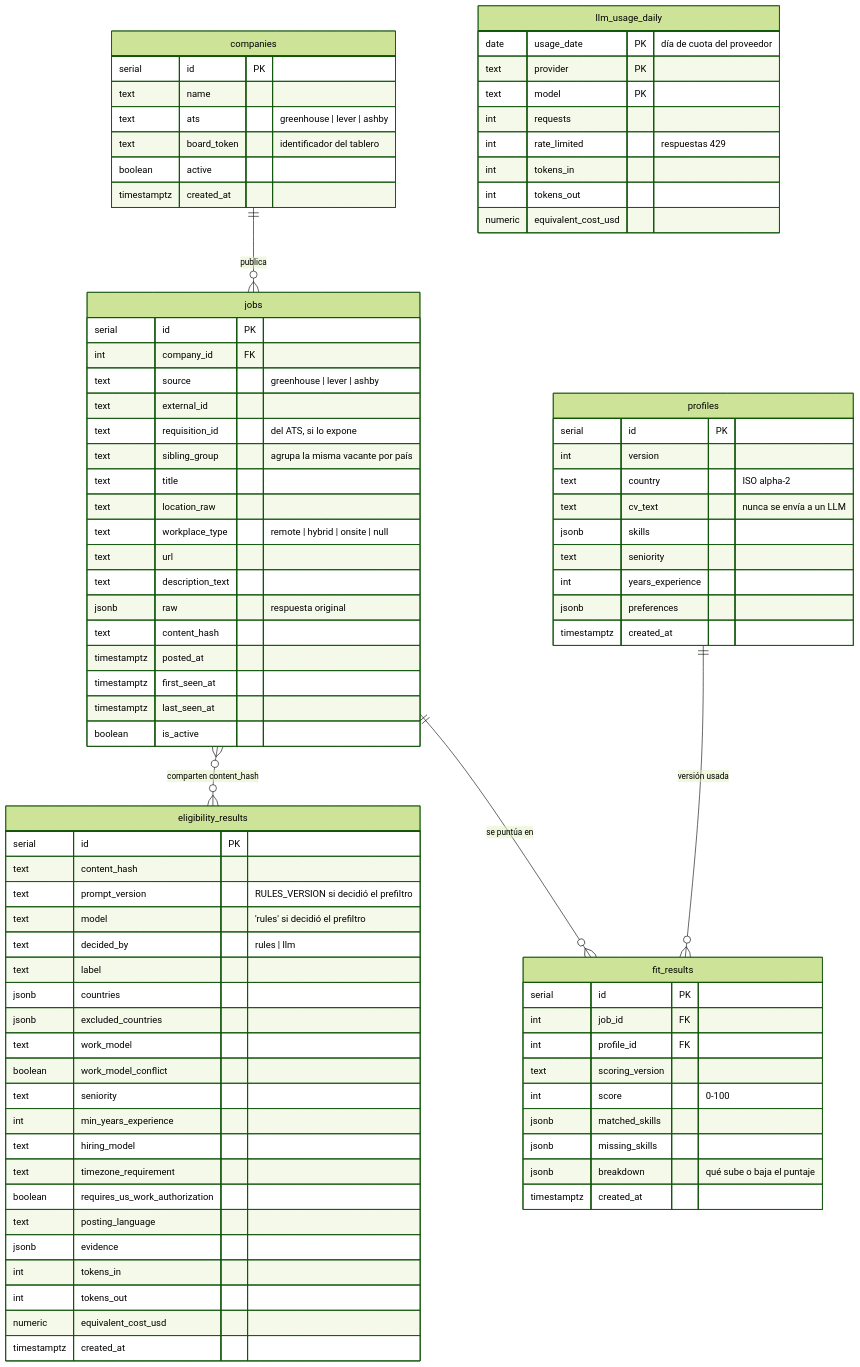
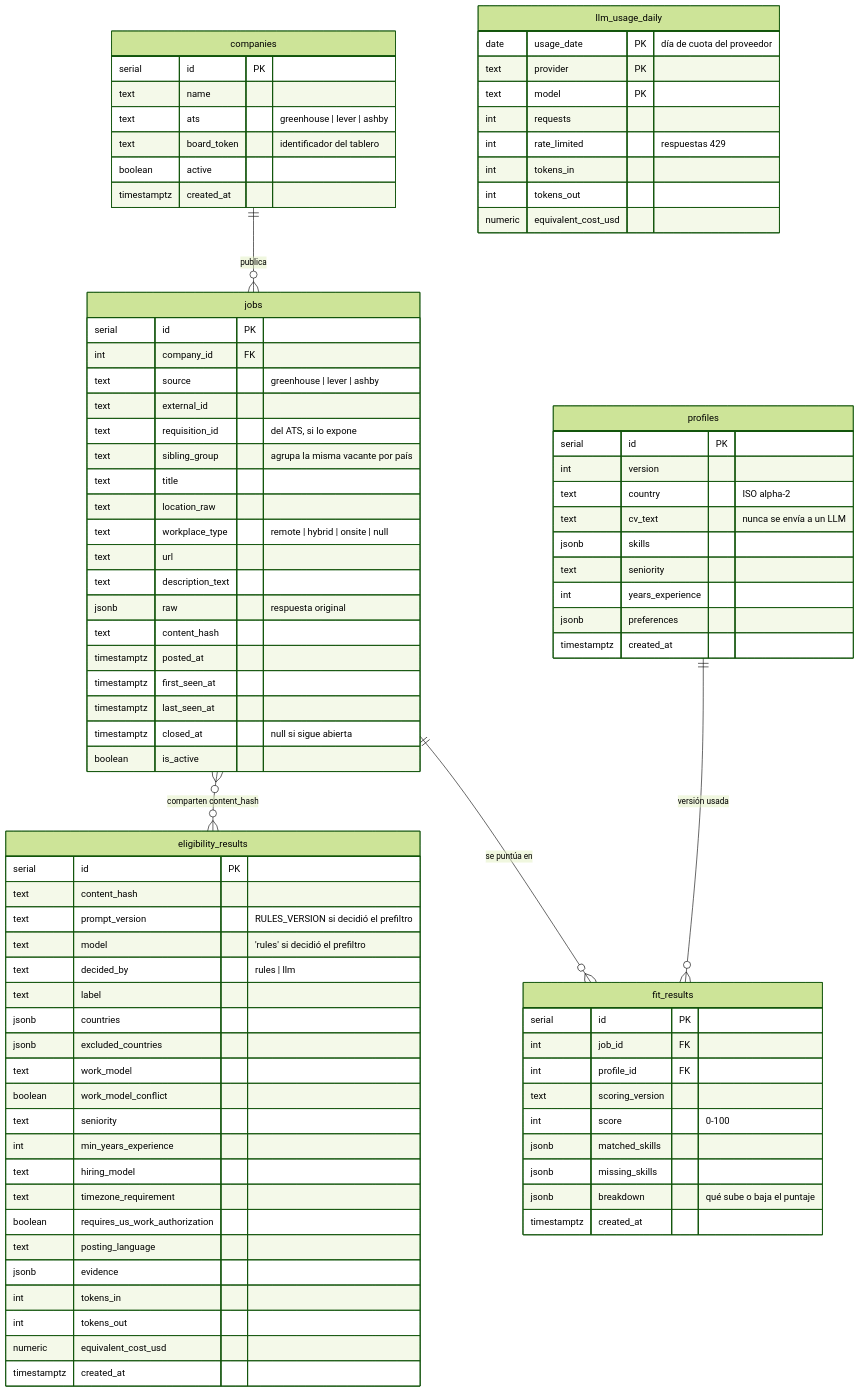
Before and after one commit to JuanManuelRivera31/remotefit: the diagram in docs/03-modelo-de-datos.md, drawn with Mermaid (forest theme). The commit also changed other lines of this file and 5 other files, not shown here.

```diff
--- a/docs/03-modelo-de-datos.md
+++ b/docs/03-modelo-de-datos.md
@@ -34,6 +34,7 @@
         timestamptz posted_at
         timestamptz first_seen_at
         timestamptz last_seen_at
+        timestamptz closed_at "null si sigue abierta"
         boolean is_active
     }
     eligibility_results {
```
